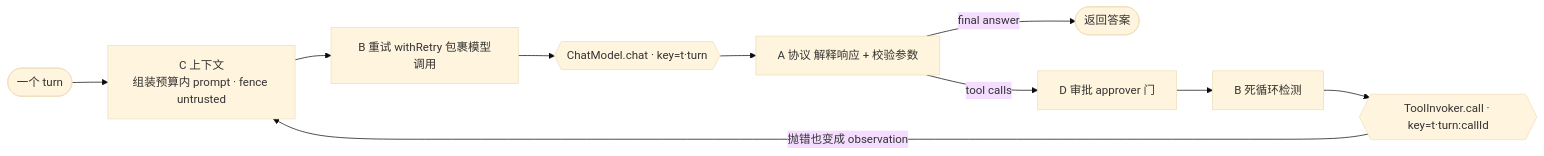
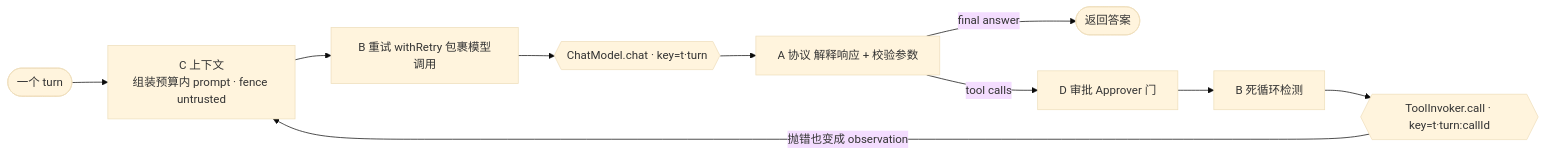
Before and after one commit to yanzhe-luomoyuyi/agent-runtime: the third of 4 diagrams in README.md, drawn with Mermaid (base theme). The commit also changed other lines of this file and 19 other files, not shown here.

````diff
--- a/README.md
+++ b/README.md
@@ -146,12 +146,12 @@
 ```mermaid
 flowchart LR
   START([一个 turn]) --> C["C 上下文<br/>组装预算内 prompt · fence untrusted"]
   C --> B1["B 重试 withRetry 包裹模型调用"]
   B1 --> MODEL{{"ChatModel.chat · key=t·turn"}}
   MODEL --> A["A 协议 解释响应 + 校验参数"]
   A -->|final answer| DONE([返回答案])
-  A -->|tool calls| D["D 审批 approver 门"]
+  A -->|tool calls| D["D 审批 Approver 门"]
   D --> B2["B 死循环检测"]
   B2 --> TOOL{{"ToolInvoker.call · key=t·turn:callId"}}
   TOOL -->|抛错也变成 observation| C
 ```
````
